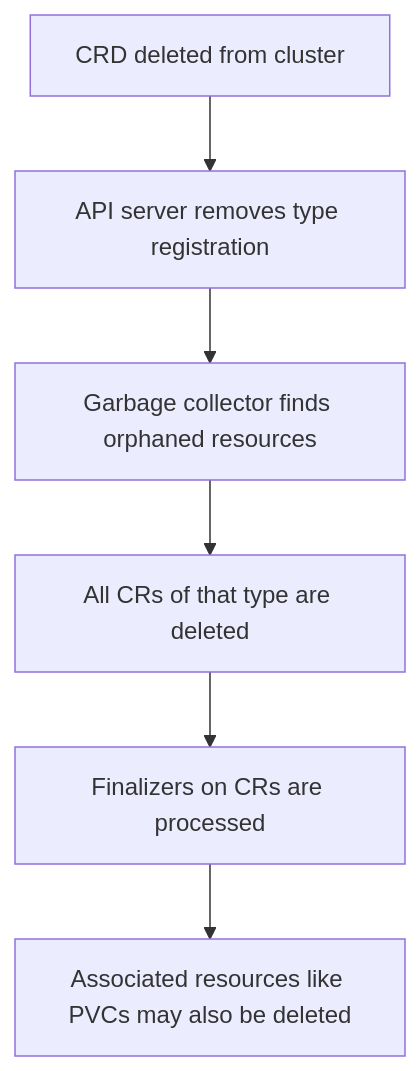
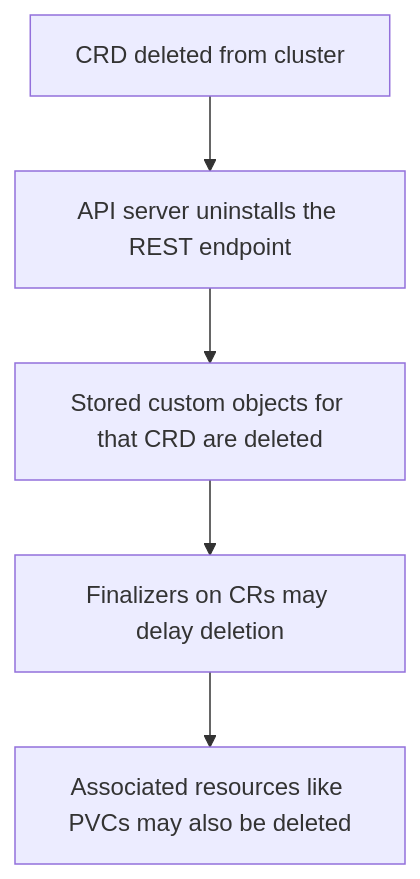
The diagram in posts/2026-02-26-handle-crd-deletion-impact-argocd/README.md (OneUptime/blog), drawn with Mermaid before and after one commit. The commit also changed other lines of this file and 2 other files, not shown here.

Commit message:
validate: 2026-02-26-handle-crd-deletion-impact-argocd

````diff
--- a/posts/2026-02-26-handle-crd-deletion-impact-argocd/README.md
+++ b/posts/2026-02-26-handle-crd-deletion-impact-argocd/README.md
@@ -19,8 +19,7 @@
 ```mermaid
 graph TD
-    A[CRD deleted from cluster] --> B[API server removes type registration]
-    B --> C[Garbage collector finds orphaned resources]
-    C --> D[All CRs of that type are deleted]
-    D --> E[Finalizers on CRs are processed]
-    E --> F[Associated resources like PVCs may also be deleted]
+    A[CRD deleted from cluster] --> B[API server uninstalls the REST endpoint]
+    B --> C[Stored custom objects for that CRD are deleted]
+    C --> D[Finalizers on CRs may delay deletion]
+    D --> E[Associated resources like PVCs may also be deleted]
 ```
````
